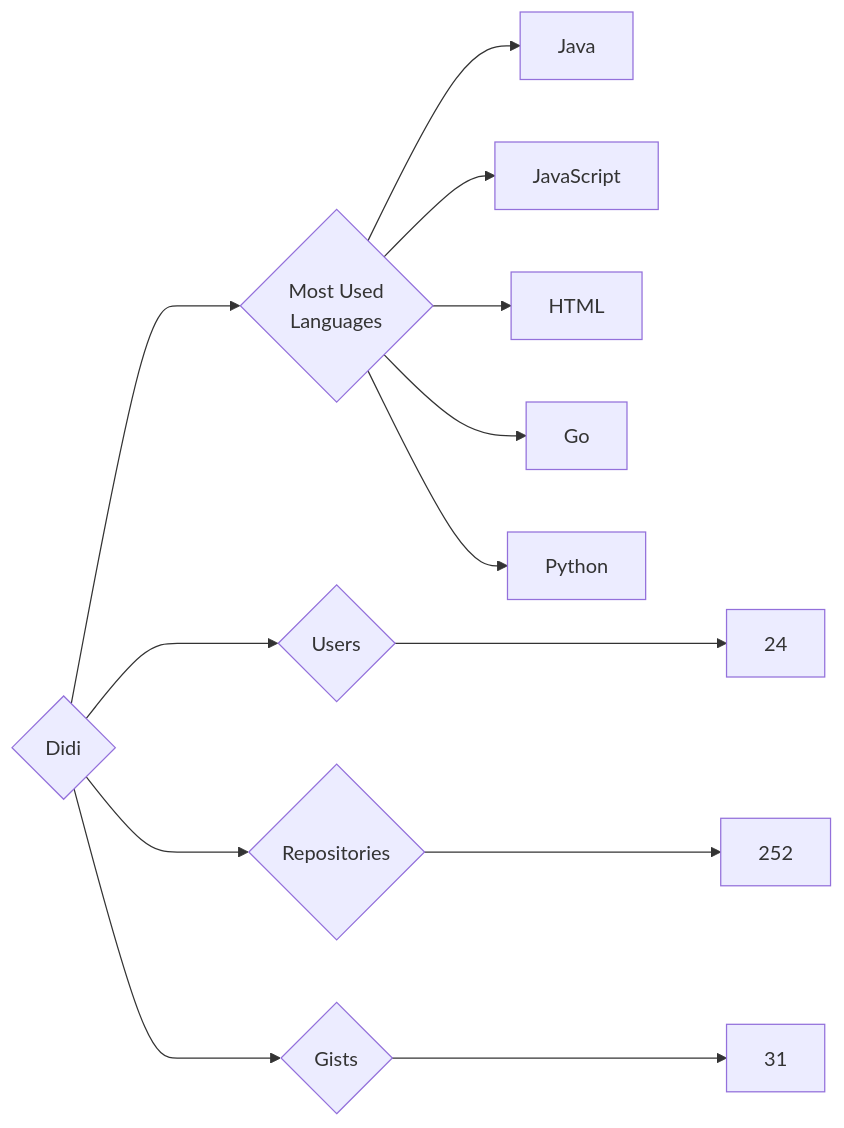
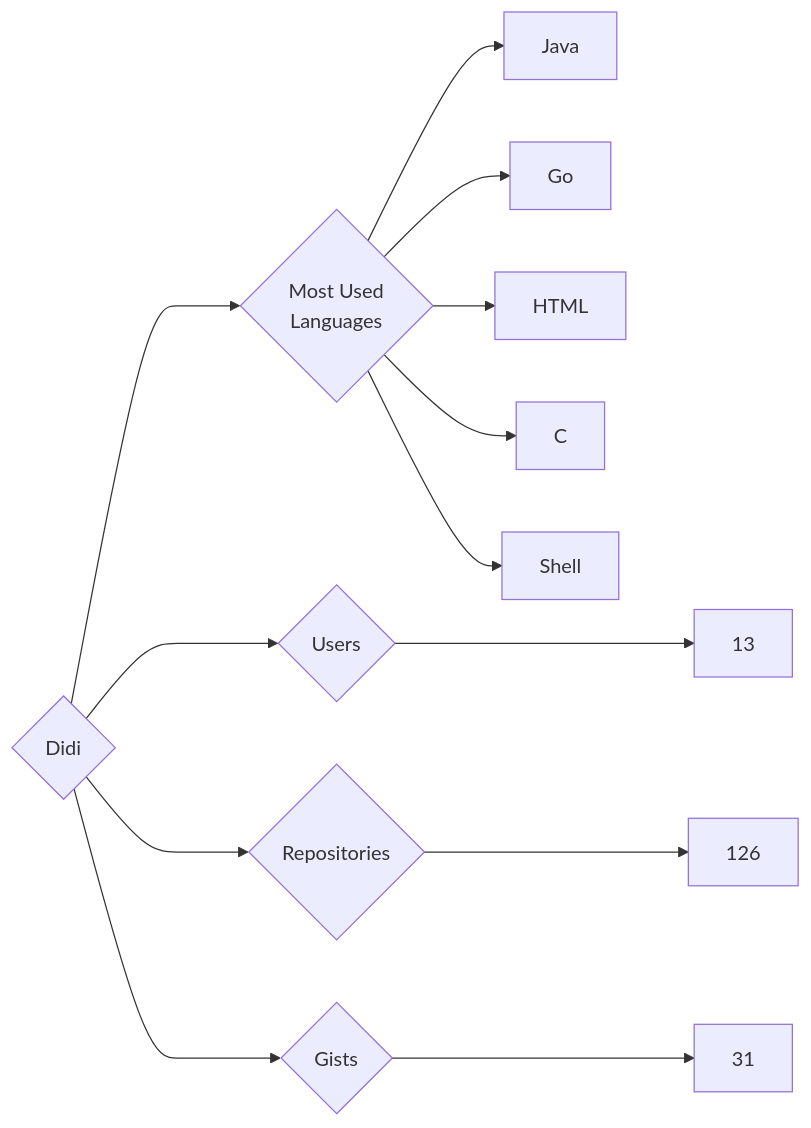
Before and after one commit to trickest/insiders: the diagram in targets/Didi/README.md, drawn with Mermaid. The commit also changed 930 other files, not shown here.

````diff
--- a/targets/Didi/README.md
+++ b/targets/Didi/README.md
@@ -3,13 +3,13 @@
 ```mermaid
 graph LR
 COMPANY_NAME{Didi}
-COMPANY_NAME ---> U{Users} ---> UN[24]
-COMPANY_NAME ---> R{Repositories} ---> RN[252]
+COMPANY_NAME ---> U{Users} ---> UN[13]
+COMPANY_NAME ---> R{Repositories} ---> RN[126]
 COMPANY_NAME ---> G{Gists} ---> GN[31]
 COMPANY_NAME ---> ML{Most Used<br>Languages}
 ML --> Java[Java]
-ML --> JavaScript[JavaScript]
+ML --> Go[Go]
 ML --> HTML[HTML]
-ML --> Go[Go]
-ML --> Python[Python]
+ML --> C[C]
+ML --> Shell[Shell]
 ```
````
